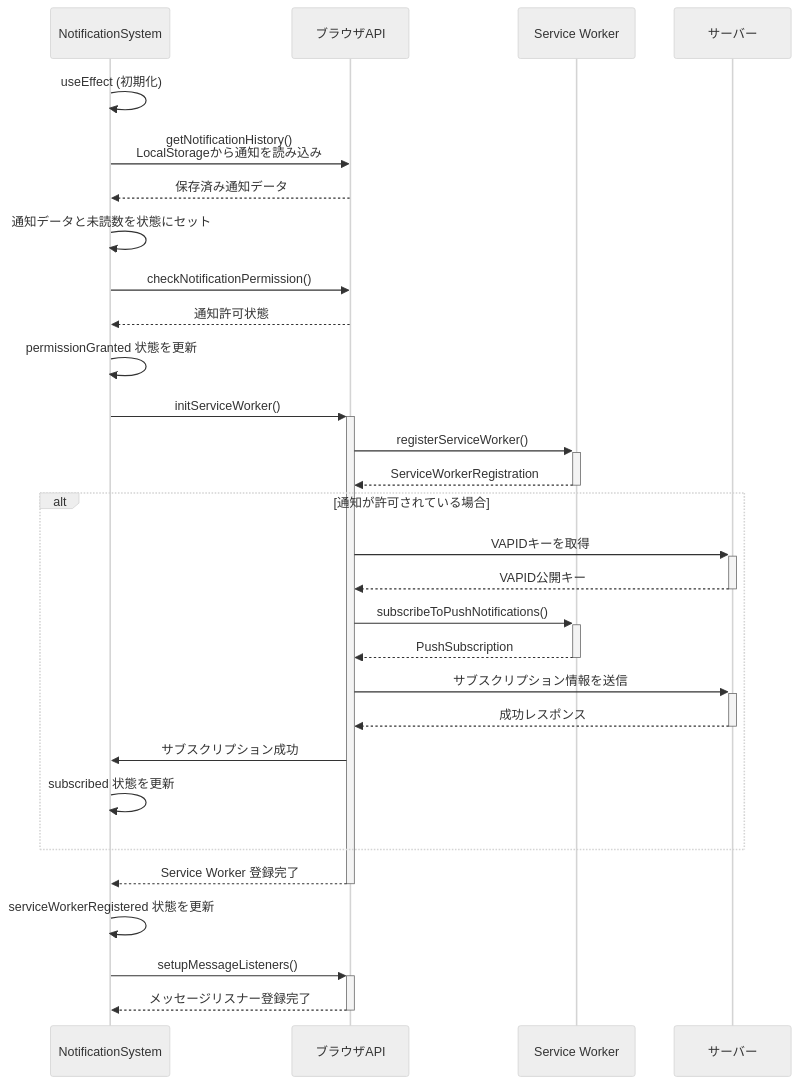
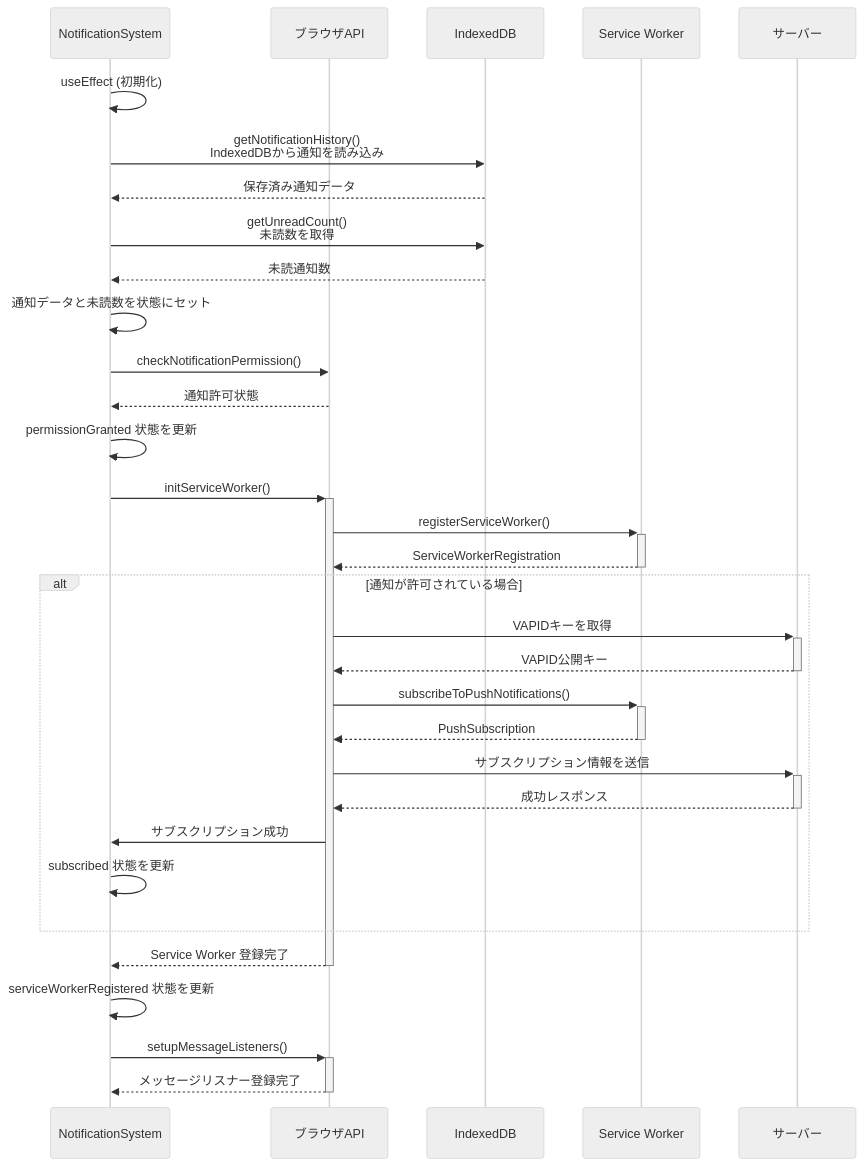
The second of 2 diagrams in client/components/NotificationSystem.md (tsubasahonda/web-notification-system), drawn with Mermaid (neutral theme) before and after one commit. The commit also changed other lines of this file and 11 other files, not shown here.

````diff
--- a/client/components/NotificationSystem.md
+++ b/client/components/NotificationSystem.md
@@ -69,37 +72,40 @@
 ```mermaid
 sequenceDiagram
     participant NS as NotificationSystem
     participant Browser as ブラウザAPI
+    participant IDB as IndexedDB
     participant SW as Service Worker
     participant Server as サーバー
 
     NS->>NS: useEffect (初期化)
-    NS->>Browser: getNotificationHistory()<br>LocalStorageから通知を読み込み
-    Browser-->>NS: 保存済み通知データ
+    NS->>IDB: getNotificationHistory()<br>IndexedDBから通知を読み込み
+    IDB-->>NS: 保存済み通知データ
+    NS->>IDB: getUnreadCount()<br>未読数を取得
+    IDB-->>NS: 未読通知数
     NS->>NS: 通知データと未読数を状態にセット
 
     NS->>Browser: checkNotificationPermission()
     Browser-->>NS: 通知許可状態
     NS->>NS: permissionGranted 状態を更新
 
     NS->>+Browser: initServiceWorker()
     Browser->>+SW: registerServiceWorker()
     SW-->>-Browser: ServiceWorkerRegistration
     
     alt 通知が許可されている場合
         Browser->>+Server: VAPIDキーを取得
         Server-->>-Browser: VAPID公開キー
         Browser->>+SW: subscribeToPushNotifications()
         SW-->>-Browser: PushSubscription
         Browser->>+Server: サブスクリプション情報を送信
         Server-->>-Browser: 成功レスポンス
         Browser->>NS: サブスクリプション成功
         NS->>NS: subscribed 状態を更新
     end
     
     Browser-->>-NS: Service Worker 登録完了
     NS->>NS: serviceWorkerRegistered 状態を更新
 
     NS->>+Browser: setupMessageListeners()
     Browser-->>-NS: メッセージリスナー登録完了
 ```
````
